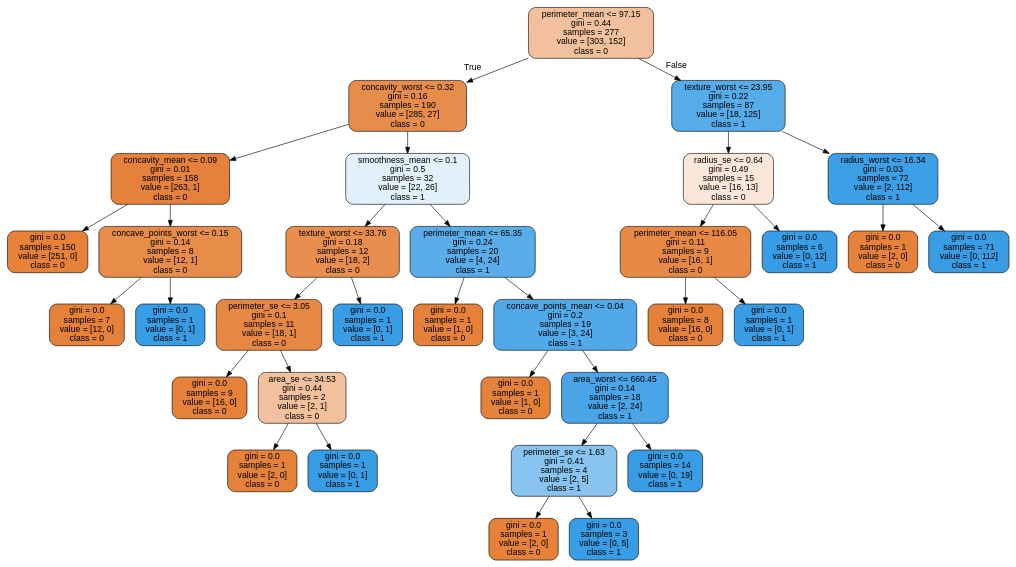
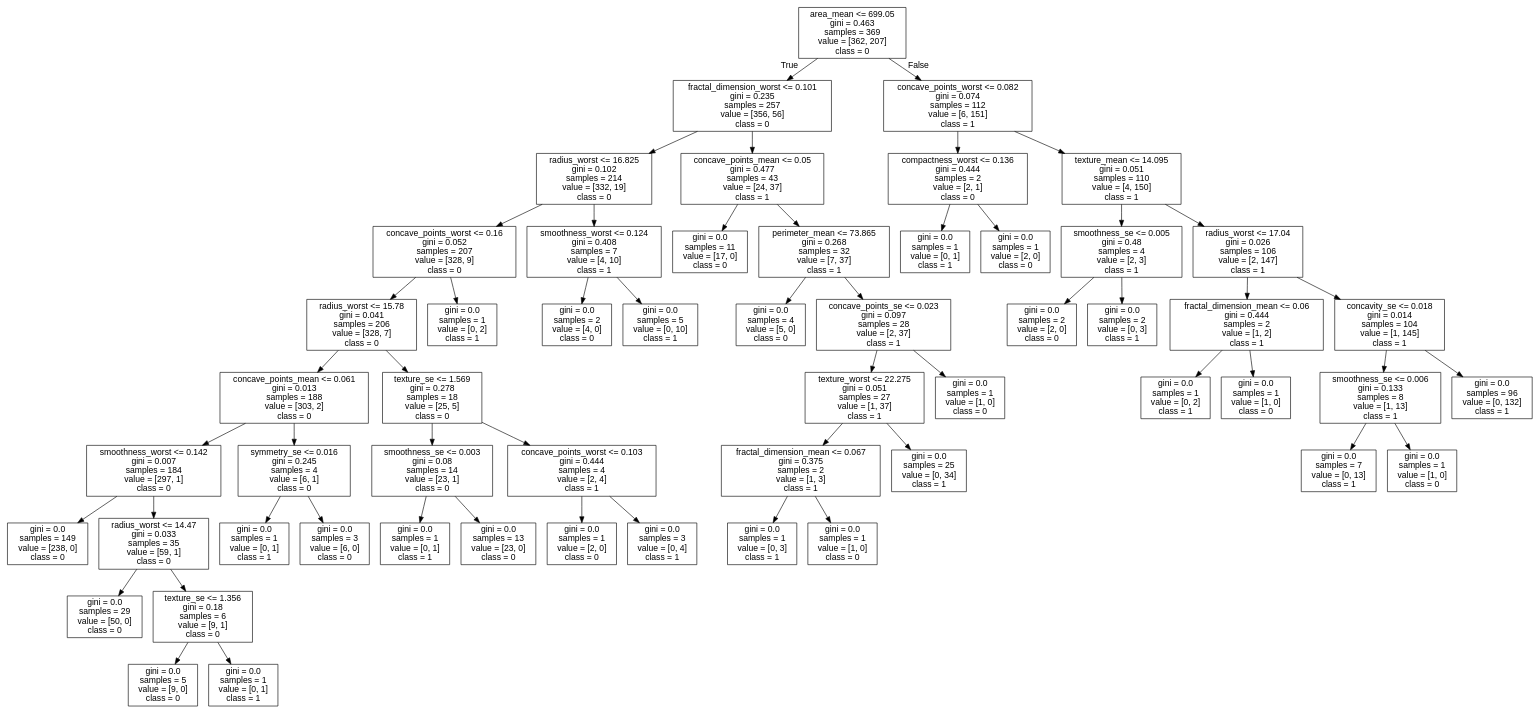
One commit to cyrilvincent/math changed the diagram in data/breast-cancer/tree.dot. Above: the diagram before and after it, drawn with Graphviz. The commit also changed 1 other file, not shown here.

```diff
--- a/data/breast-cancer/tree.dot
+++ b/data/breast-cancer/tree.dot
@@ -1,69 +1,113 @@
 digraph Tree {
-node [shape=box, style="filled, rounded", color="black", fontname="helvetica"] ;
+node [shape=box, fontname="helvetica"] ;
 edge [fontname="helvetica"] ;
-0 [label="perimeter_mean <= 97.15\ngini = 0.44\nsamples = 277\nvalue = [303, 152]\nclass = 0", fillcolor="#f2c09c"] ;
-1 [label="concavity_worst <= 0.32\ngini = 0.16\nsamples = 190\nvalue = [285, 27]\nclass = 0", fillcolor="#e78d4c"] ;
+0 [label="area_mean <= 699.05\ngini = 0.463\nsamples = 369\nvalue = [362, 207]\nclass = 0"] ;
+1 [label="fractal_dimension_worst <= 0.101\ngini = 0.235\nsamples = 257\nvalue = [356, 56]\nclass = 0"] ;
 0 -> 1 [labeldistance=2.5, labelangle=45, headlabel="True"] ;
-2 [label="concavity_mean <= 0.09\ngini = 0.01\nsamples = 158\nvalue = [263, 1]\nclass = 0", fillcolor="#e5813a"] ;
+2 [label="radius_worst <= 16.825\ngini = 0.102\nsamples = 214\nvalue = [332, 19]\nclass = 0"] ;
 1 -> 2 ;
-3 [label="gini = 0.0\nsamples = 150\nvalue = [251, 0]\nclass = 0", fillcolor="#e58139"] ;
+3 [label="concave_points_worst <= 0.16\ngini = 0.052\nsamples = 207\nvalue = [328, 9]\nclass = 0"] ;
 2 -> 3 ;
-4 [label="concave_points_worst <= 0.15\ngini = 0.14\nsamples = 8\nvalue = [12, 1]\nclass = 0", fillcolor="#e78c49"] ;
-2 -> 4 ;
-5 [label="gini = 0.0\nsamples = 7\nvalue = [12, 0]\nclass = 0", fillcolor="#e58139"] ;
+4 [label="radius_worst <= 15.78\ngini = 0.041\nsamples = 206\nvalue = [328, 7]\nclass = 0"] ;
+3 -> 4 ;
+5 [label="concave_points_mean <= 0.061\ngini = 0.013\nsamples = 188\nvalue = [303, 2]\nclass = 0"] ;
 4 -> 5 ;
-6 [label="gini = 0.0\nsamples = 1\nvalue = [0, 1]\nclass = 1", fillcolor="#399de5"] ;
-4 -> 6 ;
-7 [label="smoothness_mean <= 0.1\ngini = 0.5\nsamples = 32\nvalue = [22, 26]\nclass = 1", fillcolor="#e1f0fb"] ;
-1 -> 7 ;
-8 [label="texture_worst <= 33.76\ngini = 0.18\nsamples = 12\nvalue = [18, 2]\nclass = 0", fillcolor="#e88f4f"] ;
-7 -> 8 ;
-9 [label="perimeter_se <= 3.05\ngini = 0.1\nsamples = 11\nvalue = [18, 1]\nclass = 0", fillcolor="#e68844"] ;
+6 [label="smoothness_worst <= 0.142\ngini = 0.007\nsamples = 184\nvalue = [297, 1]\nclass = 0"] ;
+5 -> 6 ;
+7 [label="gini = 0.0\nsamples = 149\nvalue = [238, 0]\nclass = 0"] ;
+6 -> 7 ;
+8 [label="radius_worst <= 14.47\ngini = 0.033\nsamples = 35\nvalue = [59, 1]\nclass = 0"] ;
+6 -> 8 ;
+9 [label="gini = 0.0\nsamples = 29\nvalue = [50, 0]\nclass = 0"] ;
 8 -> 9 ;
-10 [label="gini = 0.0\nsamples = 9\nvalue = [16, 0]\nclass = 0", fillcolor="#e58139"] ;
-9 -> 10 ;
-11 [label="area_se <= 34.53\ngini = 0.44\nsamples = 2\nvalue = [2, 1]\nclass = 0", fillcolor="#f2c09c"] ;
-9 -> 11 ;
-12 [label="gini = 0.0\nsamples = 1\nvalue = [2, 0]\nclass = 0", fillcolor="#e58139"] ;
-11 -> 12 ;
-13 [label="gini = 0.0\nsamples = 1\nvalue = [0, 1]\nclass = 1", fillcolor="#399de5"] ;
-11 -> 13 ;
-14 [label="gini = 0.0\nsamples = 1\nvalue = [0, 1]\nclass = 1", fillcolor="#399de5"] ;
-8 -> 14 ;
-15 [label="perimeter_mean <= 65.35\ngini = 0.24\nsamples = 20\nvalue = [4, 24]\nclass = 1", fillcolor="#5aade9"] ;
-7 -> 15 ;
-16 [label="gini = 0.0\nsamples = 1\nvalue = [1, 0]\nclass = 0", fillcolor="#e58139"] ;
-15 -> 16 ;
-17 [label="concave_points_mean <= 0.04\ngini = 0.2\nsamples = 19\nvalue = [3, 24]\nclass = 1", fillcolor="#52a9e8"] ;
-15 -> 17 ;
-18 [label="gini = 0.0\nsamples = 1\nvalue = [1, 0]\nclass = 0", fillcolor="#e58139"] ;
+10 [label="texture_se <= 1.356\ngini = 0.18\nsamples = 6\nvalue = [9, 1]\nclass = 0"] ;
+8 -> 10 ;
+11 [label="gini = 0.0\nsamples = 5\nvalue = [9, 0]\nclass = 0"] ;
+10 -> 11 ;
+12 [label="gini = 0.0\nsamples = 1\nvalue = [0, 1]\nclass = 1"] ;
+10 -> 12 ;
+13 [label="symmetry_se <= 0.016\ngini = 0.245\nsamples = 4\nvalue = [6, 1]\nclass = 0"] ;
+5 -> 13 ;
+14 [label="gini = 0.0\nsamples = 1\nvalue = [0, 1]\nclass = 1"] ;
+13 -> 14 ;
+15 [label="gini = 0.0\nsamples = 3\nvalue = [6, 0]\nclass = 0"] ;
+13 -> 15 ;
+16 [label="texture_se <= 1.569\ngini = 0.278\nsamples = 18\nvalue = [25, 5]\nclass = 0"] ;
+4 -> 16 ;
+17 [label="smoothness_se <= 0.003\ngini = 0.08\nsamples = 14\nvalue = [23, 1]\nclass = 0"] ;
+16 -> 17 ;
+18 [label="gini = 0.0\nsamples = 1\nvalue = [0, 1]\nclass = 1"] ;
 17 -> 18 ;
-19 [label="area_worst <= 660.45\ngini = 0.14\nsamples = 18\nvalue = [2, 24]\nclass = 1", fillcolor="#49a5e7"] ;
+19 [label="gini = 0.0\nsamples = 13\nvalue = [23, 0]\nclass = 0"] ;
 17 -> 19 ;
-20 [label="perimeter_se <= 1.63\ngini = 0.41\nsamples = 4\nvalue = [2, 5]\nclass = 1", fillcolor="#88c4ef"] ;
-19 -> 20 ;
-21 [label="gini = 0.0\nsamples = 1\nvalue = [2, 0]\nclass = 0", fillcolor="#e58139"] ;
+20 [label="concave_points_worst <= 0.103\ngini = 0.444\nsamples = 4\nvalue = [2, 4]\nclass = 1"] ;
+16 -> 20 ;
+21 [label="gini = 0.0\nsamples = 1\nvalue = [2, 0]\nclass = 0"] ;
 20 -> 21 ;
-22 [label="gini = 0.0\nsamples = 3\nvalue = [0, 5]\nclass = 1", fillcolor="#399de5"] ;
+22 [label="gini = 0.0\nsamples = 3\nvalue = [0, 4]\nclass = 1"] ;
 20 -> 22 ;
-23 [label="gini = 0.0\nsamples = 14\nvalue = [0, 19]\nclass = 1", fillcolor="#399de5"] ;
-19 -> 23 ;
-24 [label="texture_worst <= 23.95\ngini = 0.22\nsamples = 87\nvalue = [18, 125]\nclass = 1", fillcolor="#56abe9"] ;
-0 -> 24 [labeldistance=2.5, labelangle=-45, headlabel="False"] ;
-25 [label="radius_se <= 0.64\ngini = 0.49\nsamples = 15\nvalue = [16, 13]\nclass = 0", fillcolor="#fae7da"] ;
+23 [label="gini = 0.0\nsamples = 1\nvalue = [0, 2]\nclass = 1"] ;
+3 -> 23 ;
+24 [label="smoothness_worst <= 0.124\ngini = 0.408\nsamples = 7\nvalue = [4, 10]\nclass = 1"] ;
+2 -> 24 ;
+25 [label="gini = 0.0\nsamples = 2\nvalue = [4, 0]\nclass = 0"] ;
 24 -> 25 ;
-26 [label="perimeter_mean <= 116.05\ngini = 0.11\nsamples = 9\nvalue = [16, 1]\nclass = 0", fillcolor="#e78945"] ;
-25 -> 26 ;
-27 [label="gini = 0.0\nsamples = 8\nvalue = [16, 0]\nclass = 0", fillcolor="#e58139"] ;
-26 -> 27 ;
-28 [label="gini = 0.0\nsamples = 1\nvalue = [0, 1]\nclass = 1", fillcolor="#399de5"] ;
-26 -> 28 ;
-29 [label="gini = 0.0\nsamples = 6\nvalue = [0, 12]\nclass = 1", fillcolor="#399de5"] ;
-25 -> 29 ;
-30 [label="radius_worst <= 16.34\ngini = 0.03\nsamples = 72\nvalue = [2, 112]\nclass = 1", fillcolor="#3d9fe5"] ;
-24 -> 30 ;
-31 [label="gini = 0.0\nsamples = 1\nvalue = [2, 0]\nclass = 0", fillcolor="#e58139"] ;
-30 -> 31 ;
-32 [label="gini = 0.0\nsamples = 71\nvalue = [0, 112]\nclass = 1", fillcolor="#399de5"] ;
-30 -> 32 ;
+26 [label="gini = 0.0\nsamples = 5\nvalue = [0, 10]\nclass = 1"] ;
+24 -> 26 ;
+27 [label="concave_points_mean <= 0.05\ngini = 0.477\nsamples = 43\nvalue = [24, 37]\nclass = 1"] ;
+1 -> 27 ;
+28 [label="gini = 0.0\nsamples = 11\nvalue = [17, 0]\nclass = 0"] ;
+27 -> 28 ;
+29 [label="perimeter_mean <= 73.865\ngini = 0.268\nsamples = 32\nvalue = [7, 37]\nclass = 1"] ;
+27 -> 29 ;
+30 [label="gini = 0.0\nsamples = 4\nvalue = [5, 0]\nclass = 0"] ;
+29 -> 30 ;
+31 [label="concave_points_se <= 0.023\ngini = 0.097\nsamples = 28\nvalue = [2, 37]\nclass = 1"] ;
+29 -> 31 ;
+32 [label="texture_worst <= 22.275\ngini = 0.051\nsamples = 27\nvalue = [1, 37]\nclass = 1"] ;
+31 -> 32 ;
+33 [label="fractal_dimension_mean <= 0.067\ngini = 0.375\nsamples = 2\nvalue = [1, 3]\nclass = 1"] ;
+32 -> 33 ;
+34 [label="gini = 0.0\nsamples = 1\nvalue = [0, 3]\nclass = 1"] ;
+33 -> 34 ;
+35 [label="gini = 0.0\nsamples = 1\nvalue = [1, 0]\nclass = 0"] ;
+33 -> 35 ;
+36 [label="gini = 0.0\nsamples = 25\nvalue = [0, 34]\nclass = 1"] ;
+32 -> 36 ;
+37 [label="gini = 0.0\nsamples = 1\nvalue = [1, 0]\nclass = 0"] ;
+31 -> 37 ;
+38 [label="concave_points_worst <= 0.082\ngini = 0.074\nsamples = 112\nvalue = [6, 151]\nclass = 1"] ;
+0 -> 38 [labeldistance=2.5, labelangle=-45, headlabel="False"] ;
+39 [label="compactness_worst <= 0.136\ngini = 0.444\nsamples = 2\nvalue = [2, 1]\nclass = 0"] ;
+38 -> 39 ;
+40 [label="gini = 0.0\nsamples = 1\nvalue = [0, 1]\nclass = 1"] ;
+39 -> 40 ;
+41 [label="gini = 0.0\nsamples = 1\nvalue = [2, 0]\nclass = 0"] ;
+39 -> 41 ;
+42 [label="texture_mean <= 14.095\ngini = 0.051\nsamples = 110\nvalue = [4, 150]\nclass = 1"] ;
+38 -> 42 ;
+43 [label="smoothness_se <= 0.005\ngini = 0.48\nsamples = 4\nvalue = [2, 3]\nclass = 1"] ;
+42 -> 43 ;
+44 [label="gini = 0.0\nsamples = 2\nvalue = [2, 0]\nclass = 0"] ;
+43 -> 44 ;
+45 [label="gini = 0.0\nsamples = 2\nvalue = [0, 3]\nclass = 1"] ;
+43 -> 45 ;
+46 [label="radius_worst <= 17.04\ngini = 0.026\nsamples = 106\nvalue = [2, 147]\nclass = 1"] ;
+42 -> 46 ;
+47 [label="fractal_dimension_mean <= 0.06\ngini = 0.444\nsamples = 2\nvalue = [1, 2]\nclass = 1"] ;
+46 -> 47 ;
+48 [label="gini = 0.0\nsamples = 1\nvalue = [0, 2]\nclass = 1"] ;
+47 -> 48 ;
+49 [label="gini = 0.0\nsamples = 1\nvalue = [1, 0]\nclass = 0"] ;
+47 -> 49 ;
+50 [label="concavity_se <= 0.018\ngini = 0.014\nsamples = 104\nvalue = [1, 145]\nclass = 1"] ;
+46 -> 50 ;
+51 [label="smoothness_se <= 0.006\ngini = 0.133\nsamples = 8\nvalue = [1, 13]\nclass = 1"] ;
+50 -> 51 ;
+52 [label="gini = 0.0\nsamples = 7\nvalue = [0, 13]\nclass = 1"] ;
+51 -> 52 ;
+53 [label="gini = 0.0\nsamples = 1\nvalue = [1, 0]\nclass = 0"] ;
+51 -> 53 ;
+54 [label="gini = 0.0\nsamples = 96\nvalue = [0, 132]\nclass = 1"] ;
+50 -> 54 ;
 }
```
